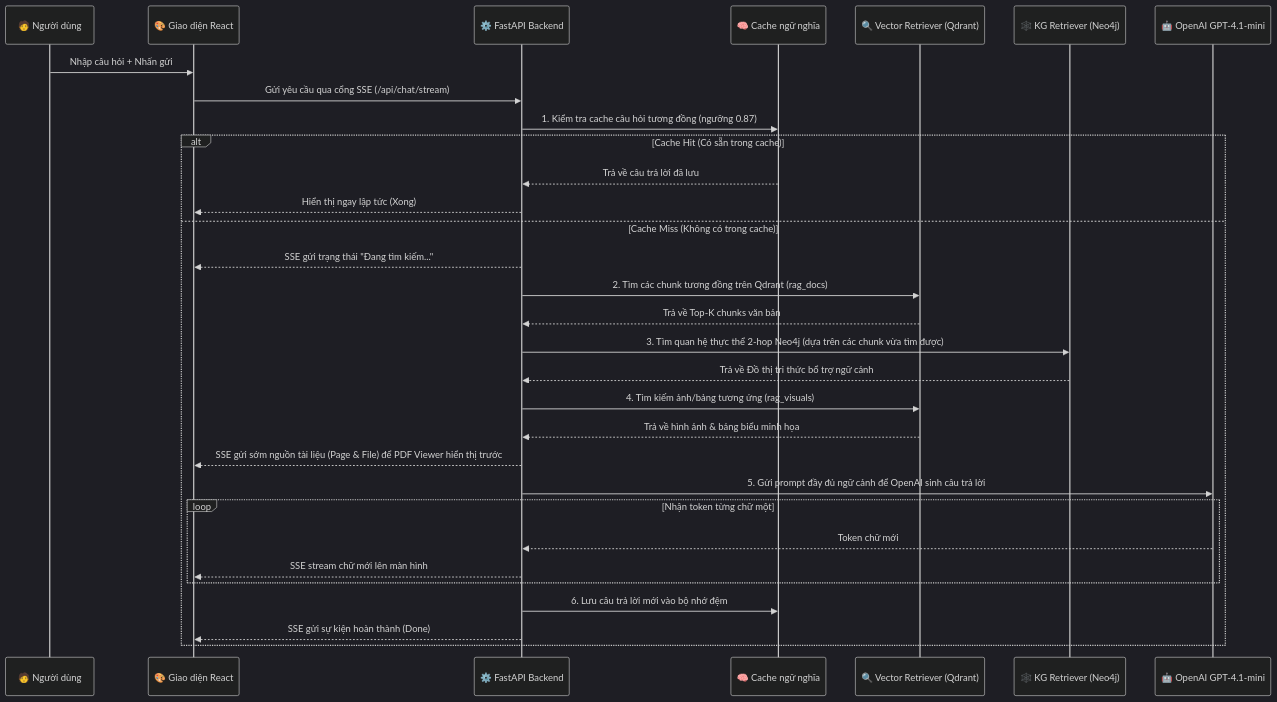
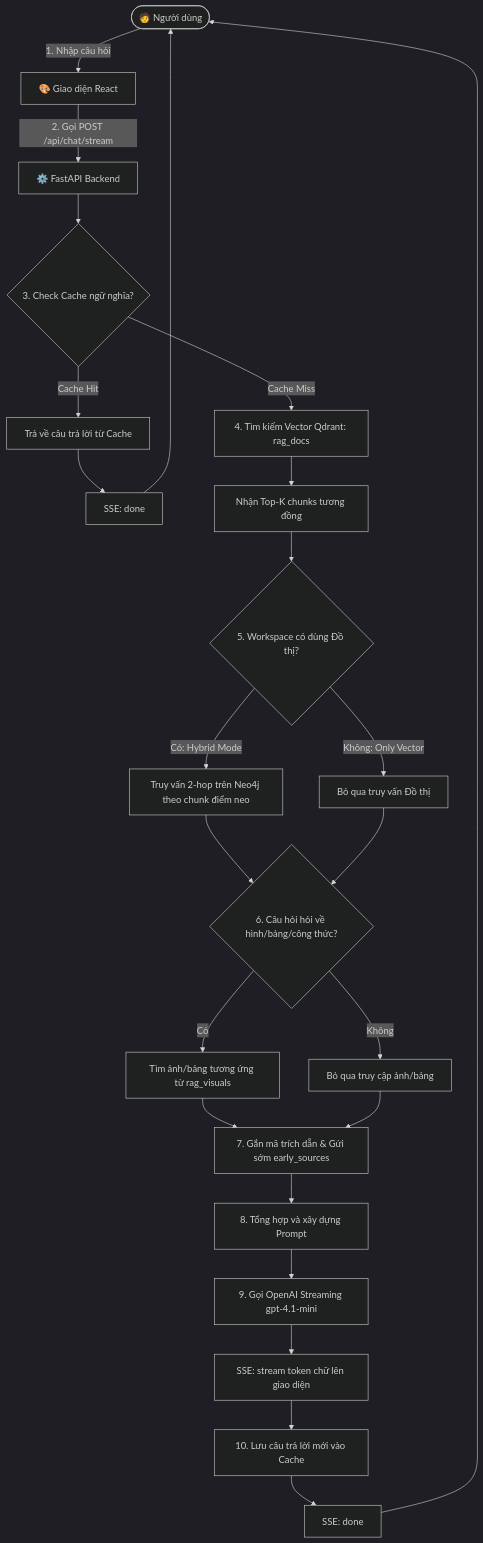
The second of 2 diagrams in README.md (CHANVO04/RAG_Balance), drawn with Mermaid (dark theme) before and after one commit.

Commit message:
docs: improve Query Flow diagram to use clean graph TD flowchart

````diff
--- a/README.md
+++ b/README.md
@@ -181,43 +181,34 @@
 ```mermaid
-sequenceDiagram
-    participant U as 🧑 Người dùng
-    participant R as 🎨 Giao diện React
-    participant F as ⚙️ FastAPI Backend
-    participant CA as 🧠 Cache ngữ nghĩa
-    participant VR as 🔍 Vector Retriever (Qdrant)
-    participant KR as 🕸️ KG Retriever (Neo4j)
-    participant LLM as 🤖 OpenAI GPT-4.1-mini
-
-    U->>R: Nhập câu hỏi + Nhấn gửi
-    R->>F: Gửi yêu cầu qua cổng SSE (/api/chat/stream)
+graph TD
+    User([🧑 Người dùng]) -->|1. Nhập câu hỏi| React[🎨 Giao diện React]
+    React -->|2. Gọi POST /api/chat/stream| FastAPI[⚙️ FastAPI Backend]
     
-    F->>CA: 1. Kiểm tra cache câu hỏi tương đồng (ngưỡng 0.87)
+    FastAPI --> Cache{3. Check Cache ngữ nghĩa?}
+    Cache -->|Cache Hit| ReturnCache[Trả về câu trả lời từ Cache]
+    ReturnCache --> SSEHit[SSE: done]
+    SSEHit --> User
     
-    alt Cache Hit (Có sẵn trong cache)
-        CA-->>F: Trả về câu trả lời đã lưu
-        F-->>R: Hiển thị ngay lập tức (Xong)
-    else Cache Miss (Không có trong cache)
-        F-->>R: SSE gửi trạng thái "Đang tìm kiếm..."
-        
-        F->>VR: 2. Tìm các chunk tương đồng trên Qdrant (rag_docs)
-        VR-->>F: Trả về Top-K chunks văn bản
-        
-        F->>KR: 3. Tìm quan hệ thực thể 2-hop Neo4j (dựa trên các chunk vừa tìm được)
-        KR-->>F: Trả về Đồ thị tri thức bổ trợ ngữ cảnh
-        
-        F->>VR: 4. Tìm kiếm ảnh/bảng tương ứng (rag_visuals)
-        VR-->>F: Trả về hình ảnh & bảng biểu minh họa
-        
-        F-->>R: SSE gửi sớm nguồn tài liệu (Page & File) để PDF Viewer hiển thị trước
-        
-        F->>LLM: 5. Gửi prompt đầy đủ ngữ cảnh để OpenAI sinh câu trả lời
-        
-        loop Nhận token từng chữ một
-            LLM-->>F: Token chữ mới
-            F-->>R: SSE stream chữ mới lên màn hình
-        end
-        
-        F->>CA: 6. Lưu câu trả lời mới vào bộ nhớ đệm
-        F-->>R: SSE gửi sự kiện hoàn thành (Done)
-    end
+    Cache -->|Cache Miss| Vector[4. Tìm kiếm Vector Qdrant: rag_docs]
+    Vector --> Chunks[Nhận Top-K chunks tương đồng]
+    
+    Chunks --> GraphQuery{5. Workspace có dùng Đồ thị?}
+    GraphQuery -->|Có: Hybrid Mode| Neo4j[Truy vấn 2-hop trên Neo4j theo chunk điểm neo]
+    GraphQuery -->|Không: Only Vector| SkipGraph[Bỏ qua truy vấn Đồ thị]
+    
+    Neo4j --> VisualQuery{6. Câu hỏi hỏi về hình/bảng/công thức?}
+    SkipGraph --> VisualQuery
+    
+    VisualQuery -->|Có| QdrantVisuals[Tìm ảnh/bảng tương ứng từ rag_visuals]
+    VisualQuery -->|Không| SkipVisuals[Bỏ qua truy cập ảnh/bảng]
+    
+    QdrantVisuals --> Citations[7. Gắn mã trích dẫn & Gửi sớm early_sources]
+    SkipVisuals --> Citations
+    
+    Citations --> Prompt[8. Tổng hợp và xây dựng Prompt]
+    Prompt --> OpenAI[9. Gọi OpenAI Streaming gpt-4.1-mini]
+    
+    OpenAI --> StreamSSE[SSE: stream token chữ lên giao diện]
+    StreamSSE --> SaveCache[10. Lưu câu trả lời mới vào Cache]
+    SaveCache --> SSEMissDone[SSE: done]
+    SSEMissDone --> User
 ```
````
